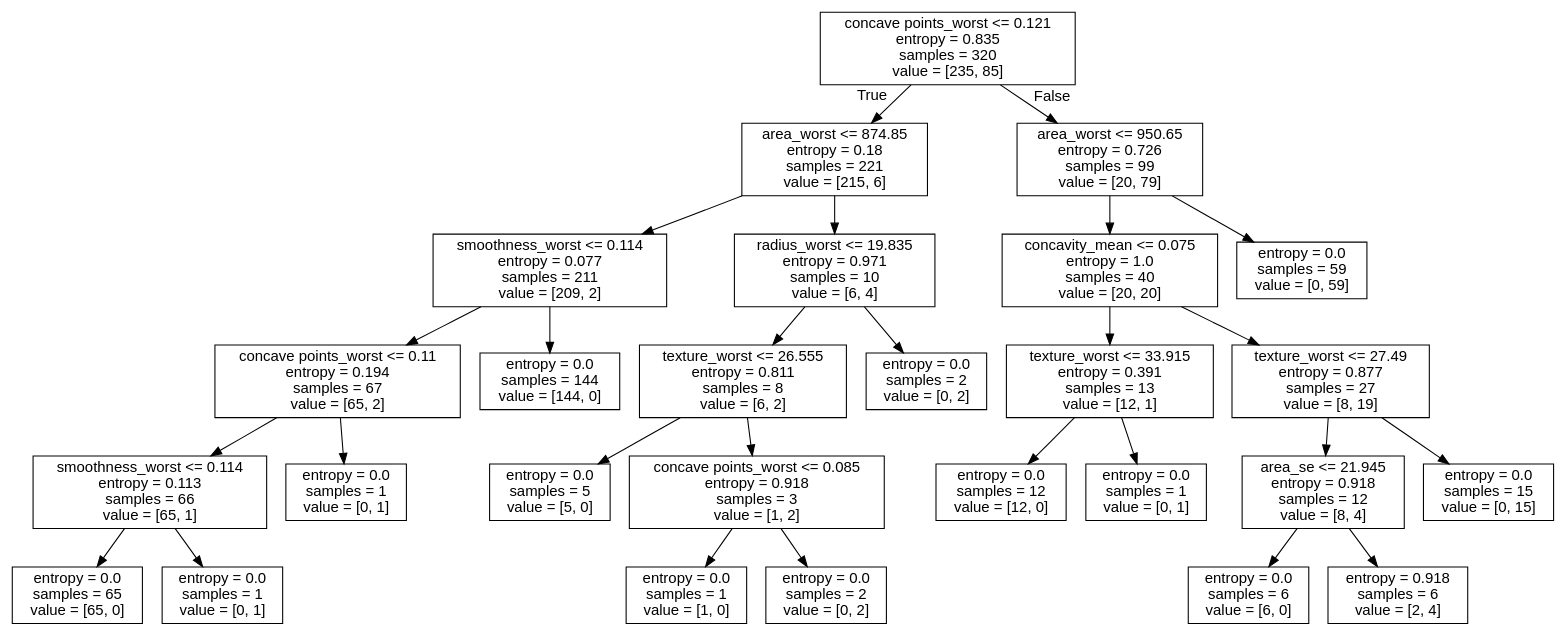
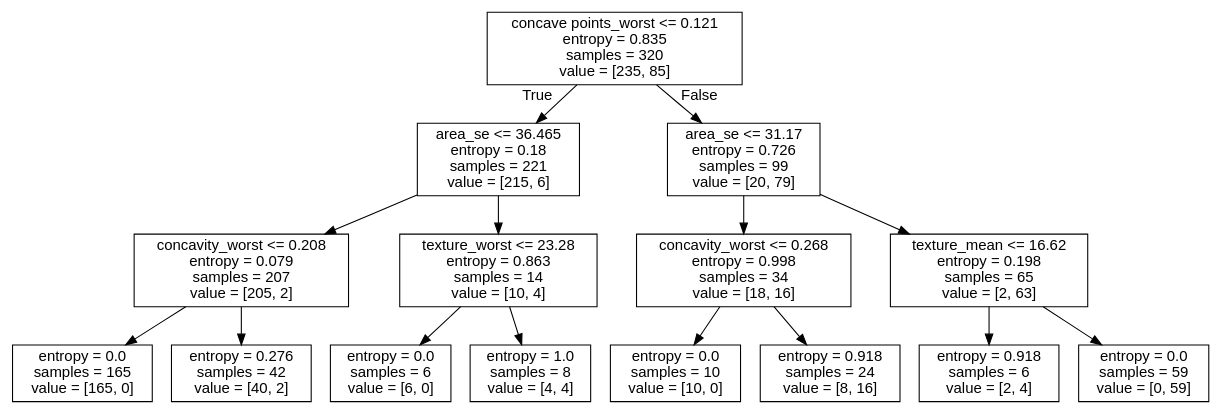
Before and after one commit to m21ark/ia_t2: the diagram in tree.dot, drawn with Graphviz. The commit also changed 3 other files, not shown here.

```diff
--- a/tree.dot
+++ b/tree.dot
@@ -1,57 +1,33 @@
 digraph Tree {
 node [shape=box, fontname="helvetica"] ;
 edge [fontname="helvetica"] ;
 0 [label="concave points_worst <= 0.121\nentropy = 0.835\nsamples = 320\nvalue = [235, 85]"] ;
-1 [label="area_worst <= 874.85\nentropy = 0.18\nsamples = 221\nvalue = [215, 6]"] ;
+1 [label="area_se <= 36.465\nentropy = 0.18\nsamples = 221\nvalue = [215, 6]"] ;
 0 -> 1 [labeldistance=2.5, labelangle=45, headlabel="True"] ;
-2 [label="smoothness_worst <= 0.114\nentropy = 0.077\nsamples = 211\nvalue = [209, 2]"] ;
+2 [label="concavity_worst <= 0.208\nentropy = 0.079\nsamples = 207\nvalue = [205, 2]"] ;
 1 -> 2 ;
-3 [label="concave points_worst <= 0.11\nentropy = 0.194\nsamples = 67\nvalue = [65, 2]"] ;
+3 [label="entropy = 0.0\nsamples = 165\nvalue = [165, 0]"] ;
 2 -> 3 ;
-4 [label="smoothness_worst <= 0.114\nentropy = 0.113\nsamples = 66\nvalue = [65, 1]"] ;
-3 -> 4 ;
-5 [label="entropy = 0.0\nsamples = 65\nvalue = [65, 0]"] ;
-4 -> 5 ;
-6 [label="entropy = 0.0\nsamples = 1\nvalue = [0, 1]"] ;
-4 -> 6 ;
-7 [label="entropy = 0.0\nsamples = 1\nvalue = [0, 1]"] ;
-3 -> 7 ;
-8 [label="entropy = 0.0\nsamples = 144\nvalue = [144, 0]"] ;
-2 -> 8 ;
-9 [label="radius_worst <= 19.835\nentropy = 0.971\nsamples = 10\nvalue = [6, 4]"] ;
-1 -> 9 ;
-10 [label="texture_worst <= 26.555\nentropy = 0.811\nsamples = 8\nvalue = [6, 2]"] ;
+4 [label="entropy = 0.276\nsamples = 42\nvalue = [40, 2]"] ;
+2 -> 4 ;
+5 [label="texture_worst <= 23.28\nentropy = 0.863\nsamples = 14\nvalue = [10, 4]"] ;
+1 -> 5 ;
+6 [label="entropy = 0.0\nsamples = 6\nvalue = [6, 0]"] ;
+5 -> 6 ;
+7 [label="entropy = 1.0\nsamples = 8\nvalue = [4, 4]"] ;
+5 -> 7 ;
+8 [label="area_se <= 31.17\nentropy = 0.726\nsamples = 99\nvalue = [20, 79]"] ;
+0 -> 8 [labeldistance=2.5, labelangle=-45, headlabel="False"] ;
+9 [label="concavity_worst <= 0.268\nentropy = 0.998\nsamples = 34\nvalue = [18, 16]"] ;
+8 -> 9 ;
+10 [label="entropy = 0.0\nsamples = 10\nvalue = [10, 0]"] ;
 9 -> 10 ;
-11 [label="entropy = 0.0\nsamples = 5\nvalue = [5, 0]"] ;
-10 -> 11 ;
-12 [label="concave points_worst <= 0.085\nentropy = 0.918\nsamples = 3\nvalue = [1, 2]"] ;
-10 -> 12 ;
-13 [label="entropy = 0.0\nsamples = 1\nvalue = [1, 0]"] ;
+11 [label="entropy = 0.918\nsamples = 24\nvalue = [8, 16]"] ;
+9 -> 11 ;
+12 [label="texture_mean <= 16.62\nentropy = 0.198\nsamples = 65\nvalue = [2, 63]"] ;
+8 -> 12 ;
+13 [label="entropy = 0.918\nsamples = 6\nvalue = [2, 4]"] ;
 12 -> 13 ;
-14 [label="entropy = 0.0\nsamples = 2\nvalue = [0, 2]"] ;
+14 [label="entropy = 0.0\nsamples = 59\nvalue = [0, 59]"] ;
 12 -> 14 ;
-15 [label="entropy = 0.0\nsamples = 2\nvalue = [0, 2]"] ;
-9 -> 15 ;
-16 [label="area_worst <= 950.65\nentropy = 0.726\nsamples = 99\nvalue = [20, 79]"] ;
-0 -> 16 [labeldistance=2.5, labelangle=-45, headlabel="False"] ;
-17 [label="concavity_mean <= 0.075\nentropy = 1.0\nsamples = 40\nvalue = [20, 20]"] ;
-16 -> 17 ;
-18 [label="texture_worst <= 33.915\nentropy = 0.391\nsamples = 13\nvalue = [12, 1]"] ;
-17 -> 18 ;
-19 [label="entropy = 0.0\nsamples = 12\nvalue = [12, 0]"] ;
-18 -> 19 ;
-20 [label="entropy = 0.0\nsamples = 1\nvalue = [0, 1]"] ;
-18 -> 20 ;
-21 [label="texture_worst <= 27.49\nentropy = 0.877\nsamples = 27\nvalue = [8, 19]"] ;
-17 -> 21 ;
-22 [label="area_se <= 21.945\nentropy = 0.918\nsamples = 12\nvalue = [8, 4]"] ;
-21 -> 22 ;
-23 [label="entropy = 0.0\nsamples = 6\nvalue = [6, 0]"] ;
-22 -> 23 ;
-24 [label="entropy = 0.918\nsamples = 6\nvalue = [2, 4]"] ;
-22 -> 24 ;
-25 [label="entropy = 0.0\nsamples = 15\nvalue = [0, 15]"] ;
-21 -> 25 ;
-26 [label="entropy = 0.0\nsamples = 59\nvalue = [0, 59]"] ;
-16 -> 26 ;
 }
```
